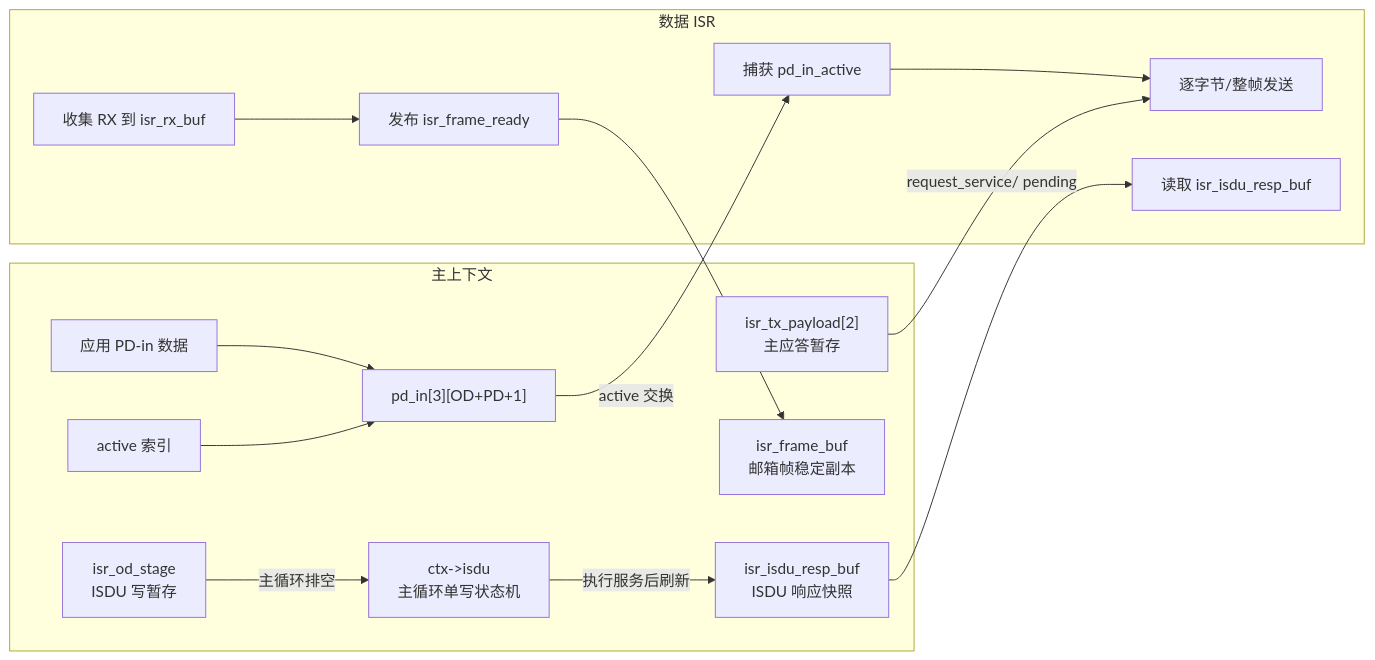
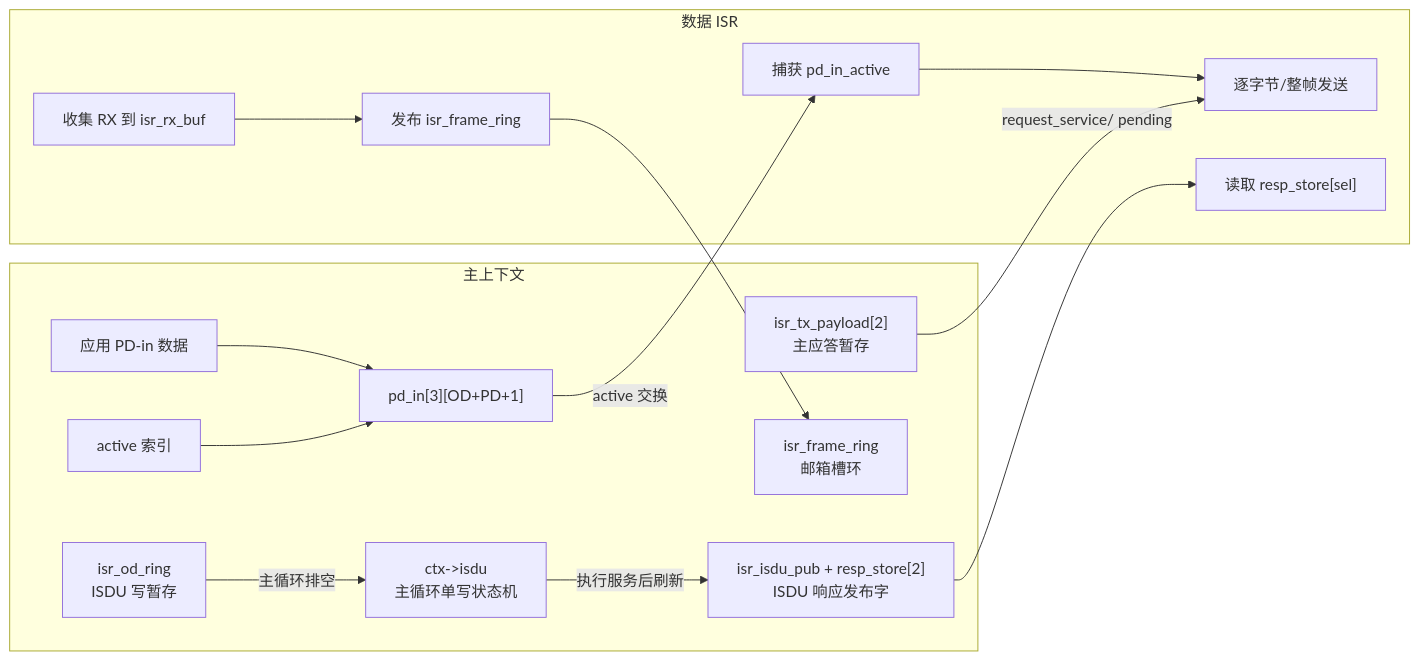
Before and after one commit to Adlyq/iolinki: diagram 16 of 16 in docs/CODE_FLOW.md, drawn with Mermaid. The commit also changed other lines of this file and 4 other files, not shown here.

````diff
--- a/docs/CODE_FLOW.md
+++ b/docs/CODE_FLOW.md
@@ -825,30 +825,30 @@
 ```mermaid
 flowchart LR
     subgraph MAIN["主上下文"]
         M1["应用 PD-in 数据"]
         M2["pd_in[3][OD+PD+1]"]
         M3["active 索引"]
         M4["isr_tx_payload[2]<br/>主应答暂存"]
-        M5["isr_od_stage<br/>ISDU 写暂存"]
+        M5["isr_od_ring<br/>ISDU 写暂存"]
         M8["ctx->isdu<br/>主循环单写状态机"]
-        M6["isr_isdu_resp_buf<br/>ISDU 响应快照"]
-        M7["isr_frame_buf<br/>邮箱帧稳定副本"]
+        M6["isr_isdu_pub + resp_store[2]<br/>ISDU 响应发布字"]
+        M7["isr_frame_ring<br/>邮箱槽环"]
     end
     subgraph ISR["数据 ISR"]
         I1["捕获 pd_in_active"]
         I2["逐字节/整帧发送"]
         I3["收集 RX 到 isr_rx_buf"]
-        I4["读取 isr_isdu_resp_buf"]
-        I5["发布 isr_frame_ready"]
+        I4["读取 resp_store[sel]"]
+        I5["发布 isr_frame_ring"]
     end
     M1 --> M2
     M3 --> M2
     M2 -->|active 交换| I1
     I1 --> I2
     M4 -->|request_service/ pending| I2
     M5 -->|主循环排空| M8
     M8 -->|执行服务后刷新| M6
     M6 --> I4
     I3 --> I5
     I5 --> M7
 ```
````
